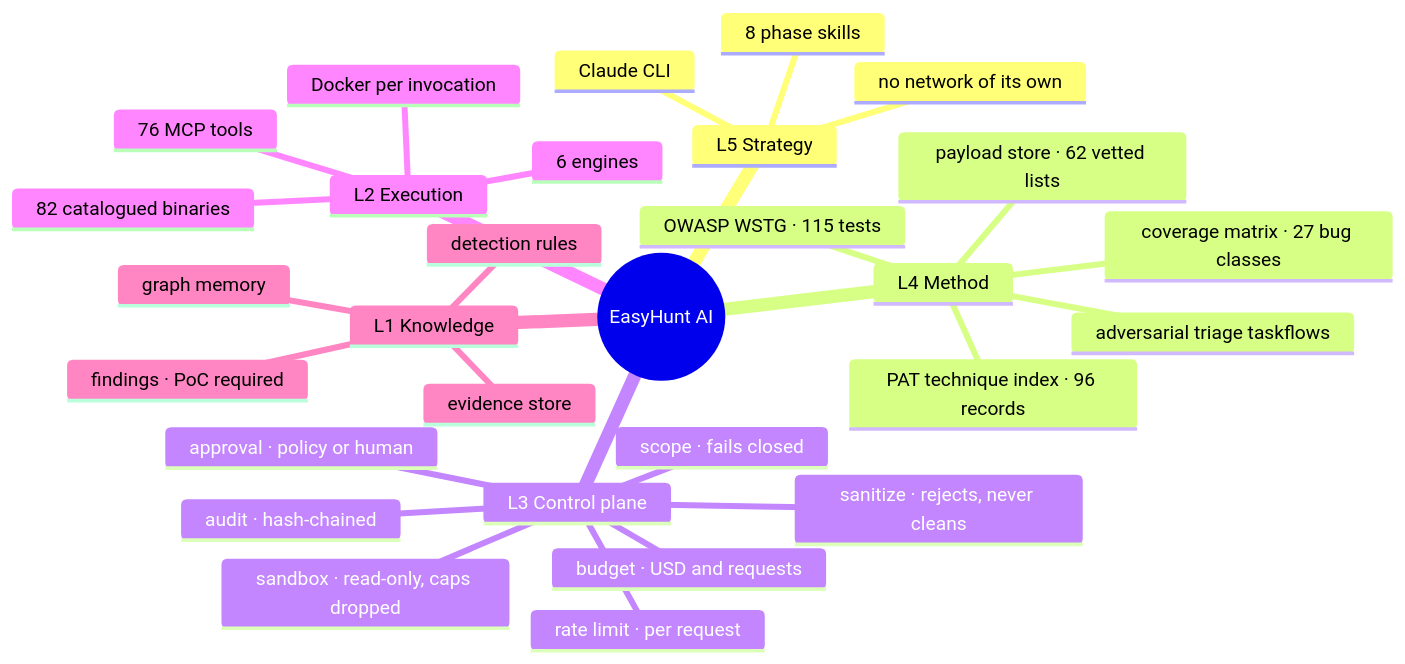
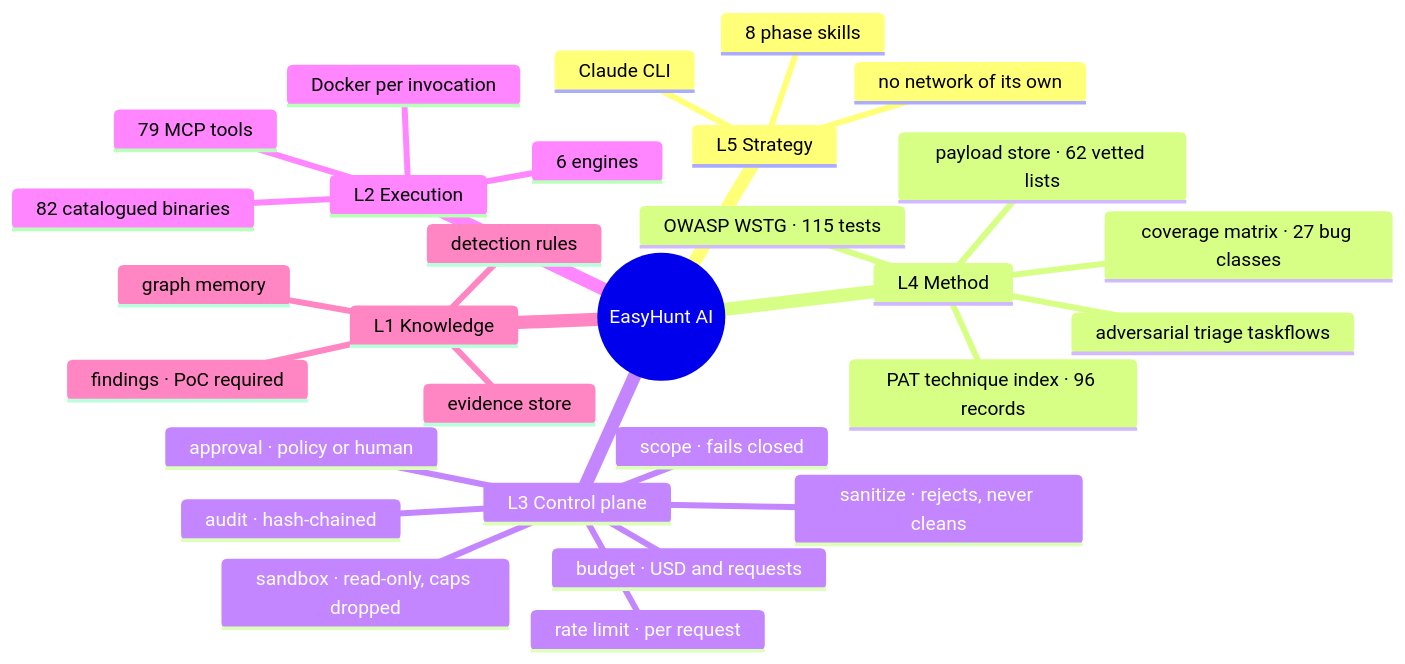
Before and after one commit to iamsecure1920/Cordon-AI: the second of 4 diagrams in README.md, drawn with Mermaid. The commit also changed other lines of this file and 12 other files, not shown here.

````diff
--- a/README.md
+++ b/README.md
@@ -107,32 +107,32 @@
 ```mermaid
 mindmap
   root((EasyHunt AI))
     L5 Strategy
       Claude CLI
       no network of its own
       8 phase skills
     L4 Method
       OWASP WSTG · 115 tests
       PAT technique index · 96 records
       coverage matrix · 27 bug classes
       adversarial triage taskflows
       payload store · 62 vetted lists
     L3 Control plane
       scope · fails closed
       sanitize · rejects, never cleans
       budget · USD and requests
       rate limit · per request
       approval · policy or human
       sandbox · read-only, caps dropped
       audit · hash-chained
     L2 Execution
-      76 MCP tools
+      79 MCP tools
       82 catalogued binaries
       6 engines
       Docker per invocation
     L1 Knowledge
       findings · PoC required
       graph memory
       detection rules
       evidence store
 ```
````
